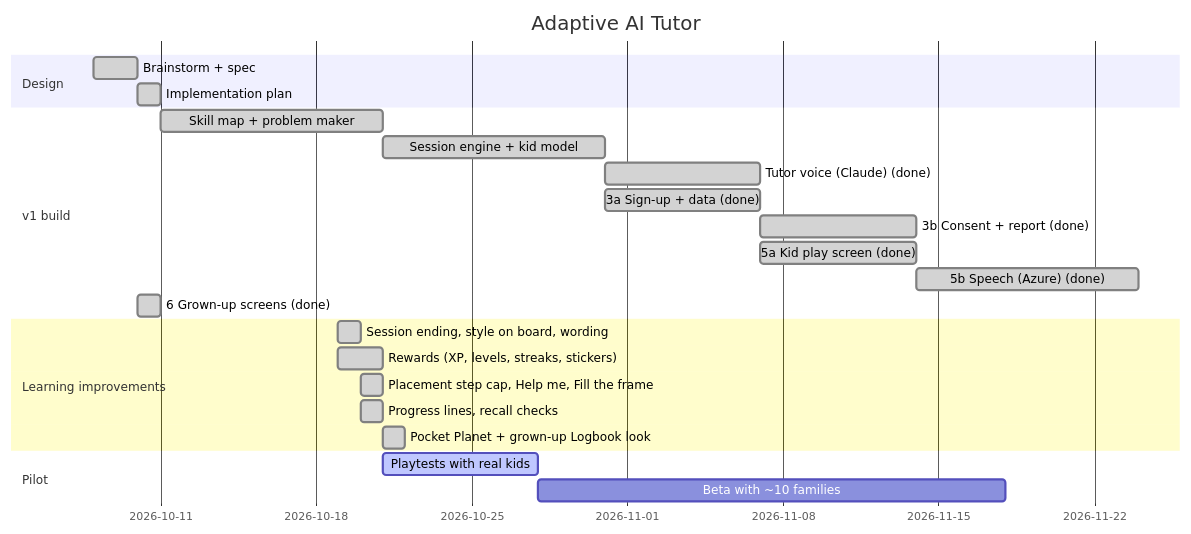
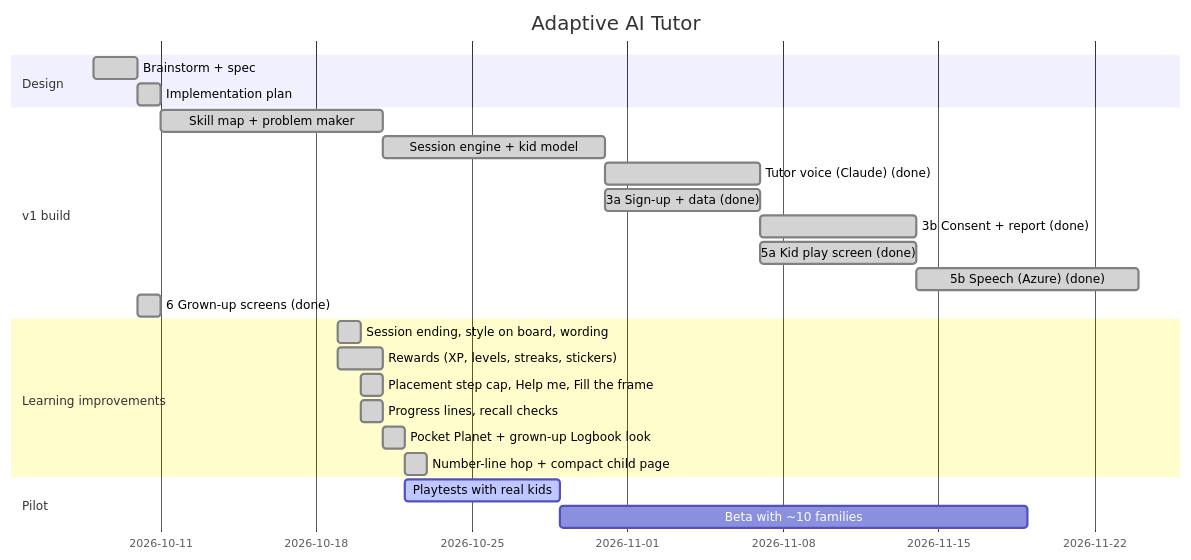
One commit to andrejovnarski/ai-tutor changed the diagram in vault/05 Roadmap/Roadmap.md. Above: the diagram before and after it, drawn with Mermaid. The commit also changed other lines of this file and 4 other files, not shown here.

Commit message:
docs: number-line hop and compact child page in roadmap, product, lawyer brief, vault

````diff
--- a/vault/05 Roadmap/Roadmap.md
+++ b/vault/05 Roadmap/Roadmap.md
@@ -9,26 +9,27 @@
 ```mermaid
 gantt
   title Adaptive AI Tutor
   dateFormat YYYY-MM-DD
   section Design
   Brainstorm + spec         :done, d1, 2026-10-08, 2d
   Implementation plan       :done, d2, after d1, 1d
   section v1 build
   Skill map + problem maker :done, b1, after d2, 10d
   Session engine + kid model:done, b2, after b1, 10d
   Tutor voice (Claude) (done) :done, b4, after b2, 7d
   3a Sign-up + data (done)  :done, b5a, after b2, 7d
   3b Consent + report (done) :done, b5b, after b5a, 7d
   5a Kid play screen (done) :done, b3a, after b4, 7d
   5b Speech (Azure) (done)  :done, b3b, after b3a, 10d
   6 Grown-up screens (done) :done, b6, 2026-10-10, 1d
   section Learning improvements
   Session ending, style on board, wording :done, m1, 2026-10-19, 1d
   Rewards (XP, levels, streaks, stickers) :done, m2, 2026-10-19, 2d
   Placement step cap, Help me, Fill the frame :done, m3, 2026-10-20, 1d
   Progress lines, recall checks :done, m4, 2026-10-20, 1d
   Pocket Planet + grown-up Logbook look :done, m5, 2026-10-21, 1d
+  Number-line hop + compact child page :done, m6, 2026-10-22, 1d
   section Pilot
-  Playtests with real kids  :active, p0, 2026-10-21, 7d
+  Playtests with real kids  :active, p0, 2026-10-22, 7d
   Beta with ~10 families    :p1, after p0, 21d
 ```
````
